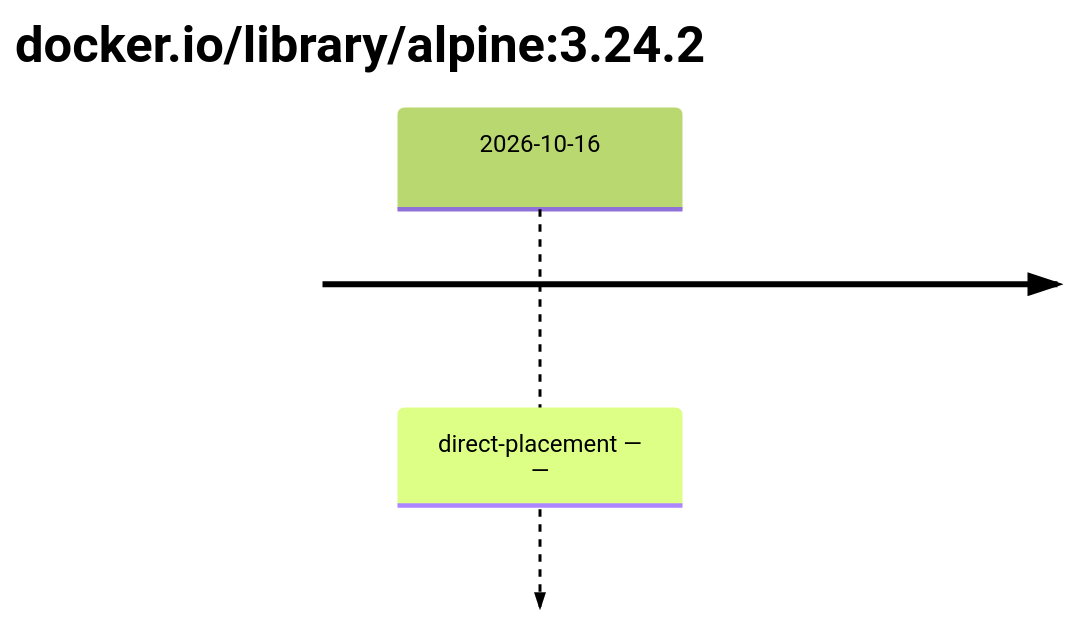
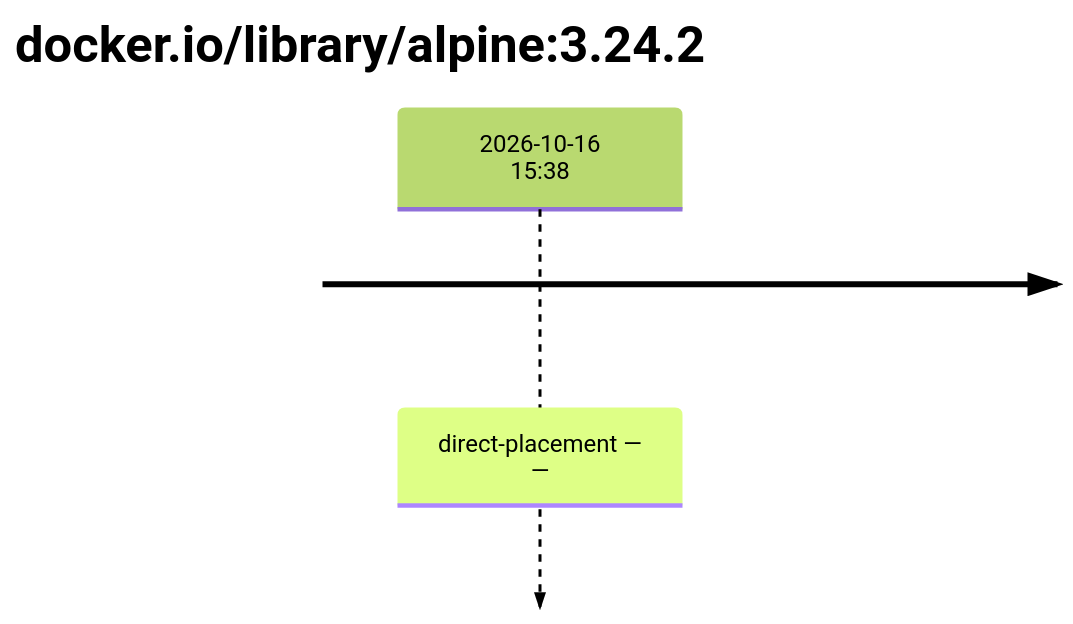
The first of 2 diagrams in results/reports/base-alpine-3/sha256:294b683cb724975bec92580e1e685676bd4b50bda910ddb8c51d4cabeaec77e6.md (trivoallan/base-images), drawn with Mermaid (forest theme) before and after one commit. The commit also changed other lines of this file and 5 other files, not shown here.

````diff
--- a/results/reports/base-alpine-3/sha256:294b683cb724975bec92580e1e685676bd4b50bda910ddb8c51d4cabeaec77e6.md
+++ b/results/reports/base-alpine-3/sha256:294b683cb724975bec92580e1e685676bd4b50bda910ddb8c51d4cabeaec77e6.md
@@ -5,5 +5,5 @@
 ```mermaid
 timeline
     title docker.io/library/alpine#58;3.24.2
-    2026-10-16 : direct-placement — —
+    2026-10-16 15#58;38 : direct-placement — —
 ```
````
